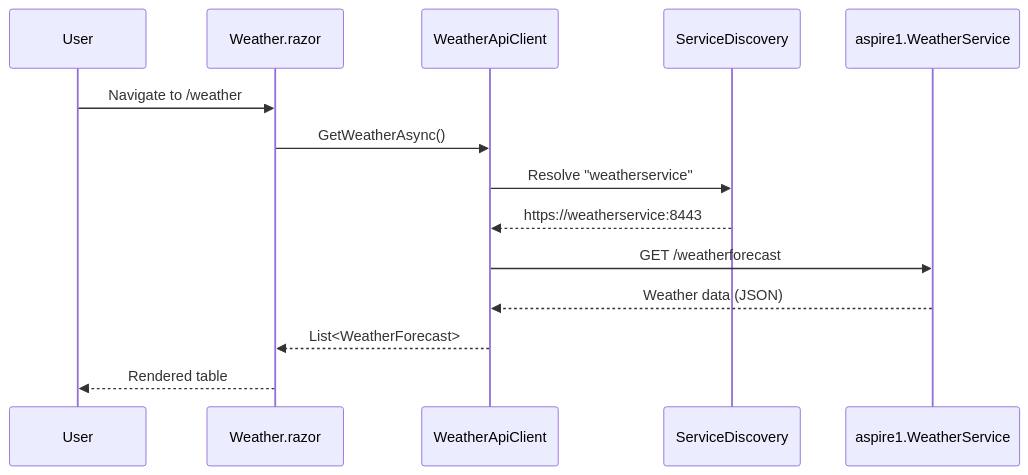
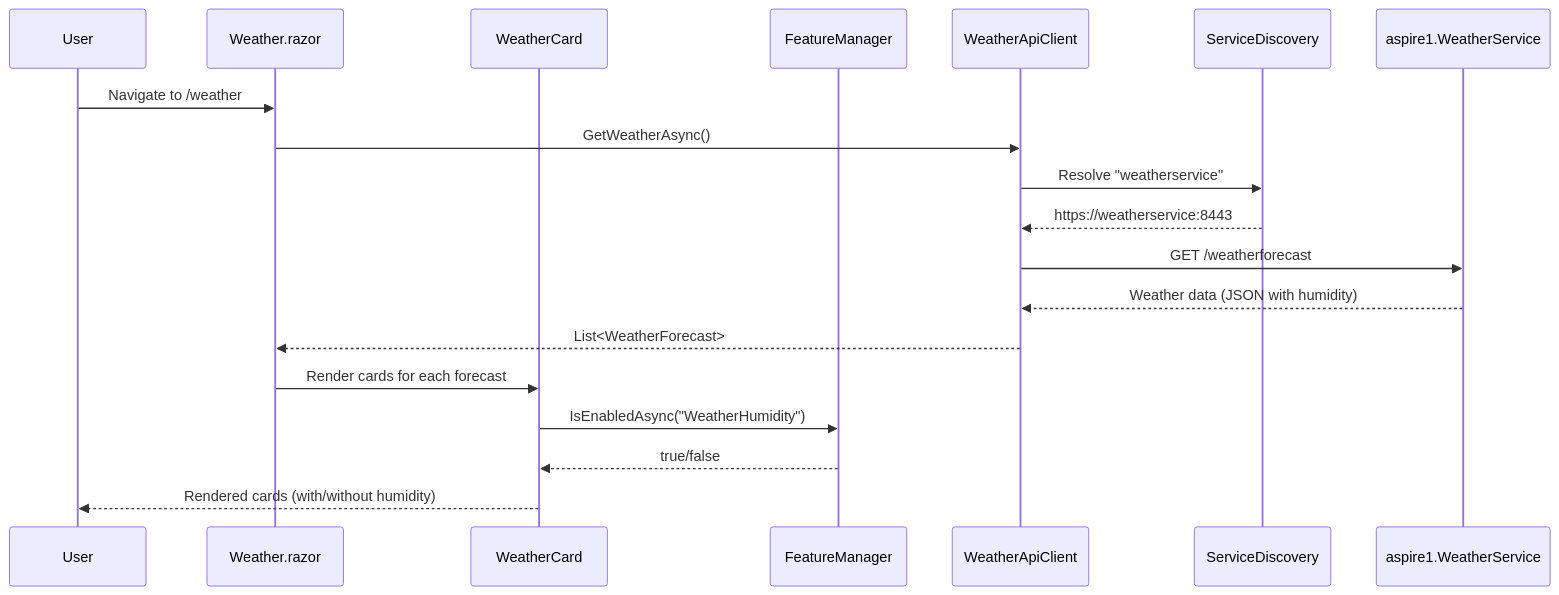
Before and after one commit to rbmathis/aspire1: the second of 3 diagrams in aspire1.Web/ARCHITECTURE.md, drawn with Mermaid. The commit also changed other lines of this file and 13 other files, not shown here.

First line of the commit message:
Add humidity tracking with card-based UI and feature flag control (#21)

````diff
--- a/aspire1.Web/ARCHITECTURE.md
+++ b/aspire1.Web/ARCHITECTURE.md
@@ -162,17 +171,22 @@
 ```mermaid
 sequenceDiagram
     participant User
     participant Weather.razor
+    participant WeatherCard
+    participant FeatureManager
     participant WeatherApiClient
     participant ServiceDiscovery
     participant API as aspire1.WeatherService
 
     User->>Weather.razor: Navigate to /weather
     Weather.razor->>WeatherApiClient: GetWeatherAsync()
     WeatherApiClient->>ServiceDiscovery: Resolve "weatherservice"
     ServiceDiscovery-->>WeatherApiClient: https://weatherservice:8443
     WeatherApiClient->>API: GET /weatherforecast
-    API-->>WeatherApiClient: Weather data (JSON)
+    API-->>WeatherApiClient: Weather data (JSON with humidity)
     WeatherApiClient-->>Weather.razor: List<WeatherForecast>
-    Weather.razor-->>User: Rendered table
+    Weather.razor->>WeatherCard: Render cards for each forecast
+    WeatherCard->>FeatureManager: IsEnabledAsync("WeatherHumidity")
+    FeatureManager-->>WeatherCard: true/false
+    WeatherCard-->>User: Rendered cards (with/without humidity)
 ```
````
